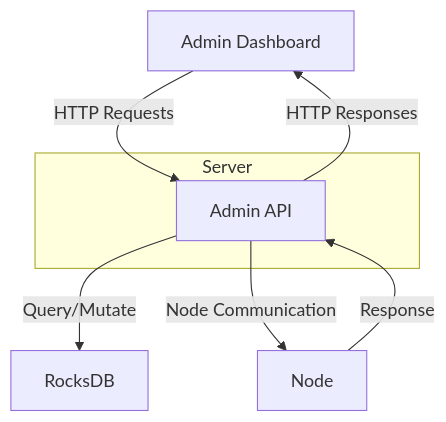
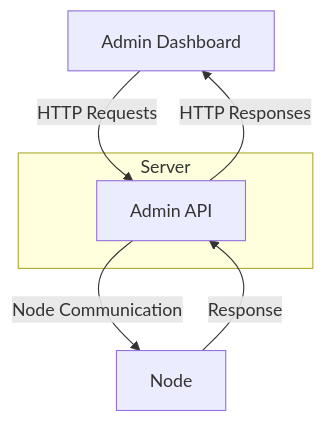
The first of 3 diagrams in crates/server/README.md (calimero-network/core), drawn with Mermaid before and after one commit.

Commit message:
fix: admin dashboard flowchart

````diff
--- a/crates/server/README.md
+++ b/crates/server/README.md
@@ -81,12 +81,11 @@
 ```mermaid
 flowchart TD
     A[Admin Dashboard] -->|HTTP Requests| B[Admin API]
     B -->|HTTP Responses| A
-    B -->|Query/Mutate| C[RocksDB]
     B -->|Node Communication| D[Node]
     D -->|Response| B
 
     subgraph Server
         B
     end
 ```
````
